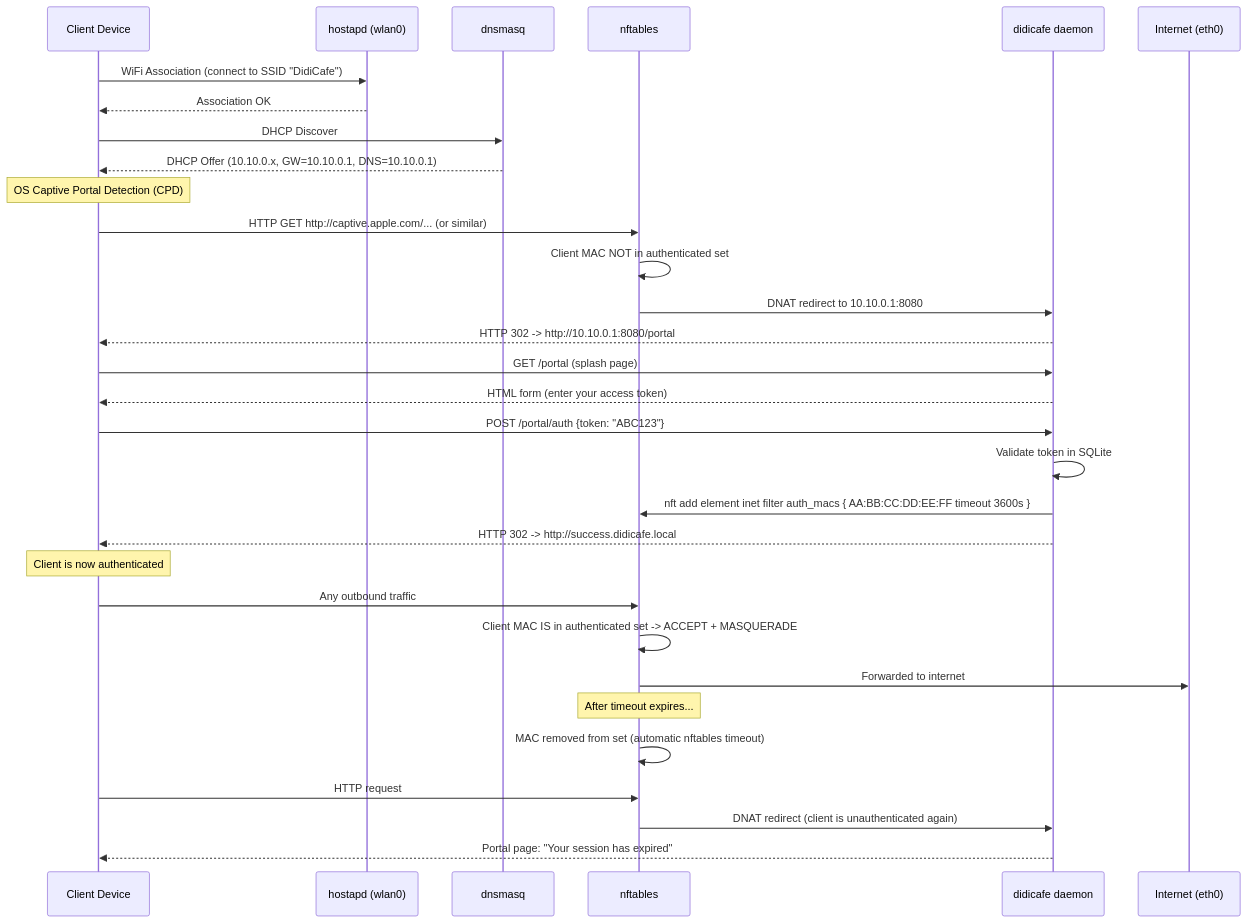
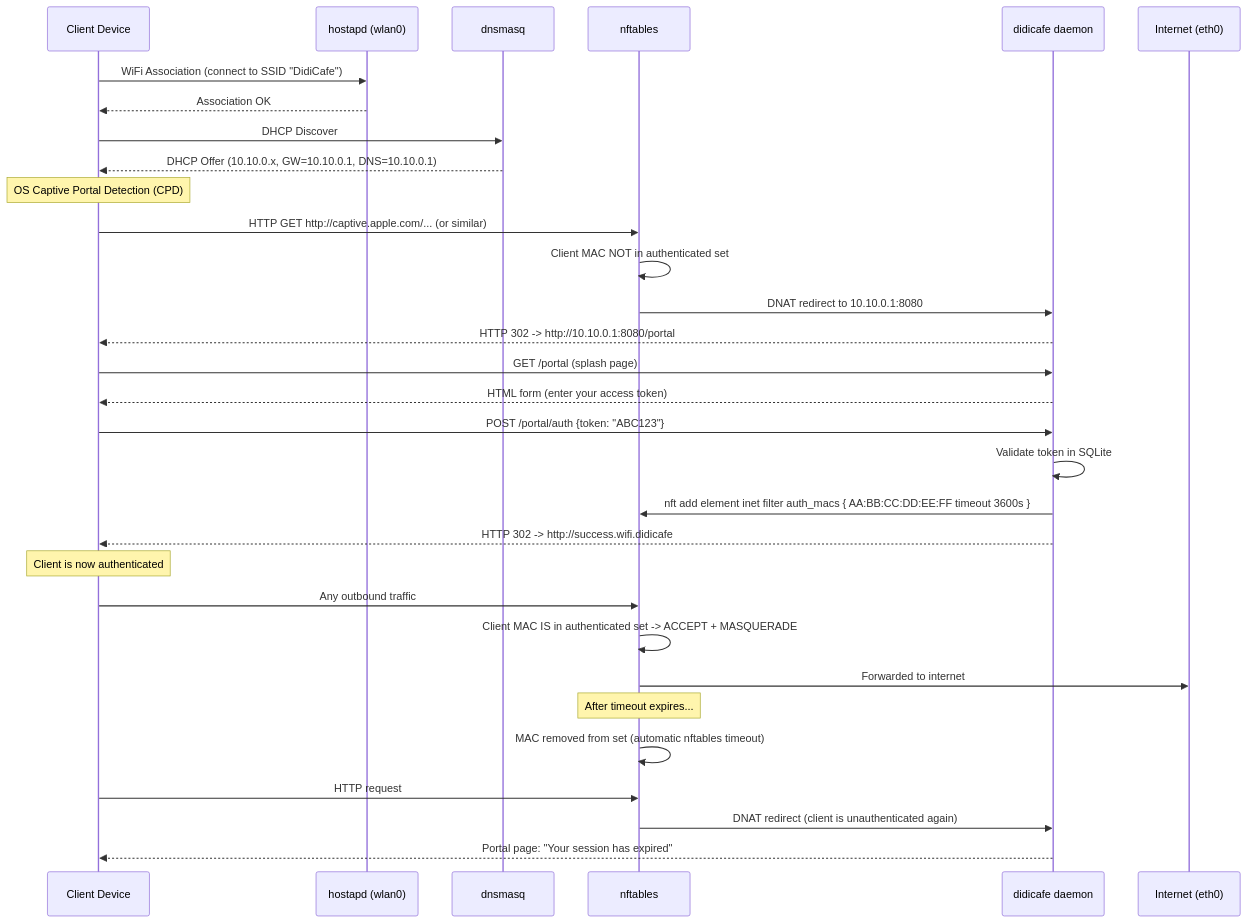
One commit to uplg/didicafe changed the second of 10 diagrams in docs/DESIGN.md. Above: the diagram before and after it, drawn with Mermaid. The commit also changed other lines of this file and 13 other files, not shown here.

````diff
--- a/docs/DESIGN.md
+++ b/docs/DESIGN.md
@@ -234,41 +234,41 @@
 ```mermaid
 sequenceDiagram
     participant C as Client Device
     participant AP as hostapd (wlan0)
     participant DHCP as dnsmasq
     participant NFT as nftables
     participant D as didicafe daemon
     participant WAN as Internet (eth0)
 
     C->>AP: WiFi Association (connect to SSID "DidiCafe")
     AP-->>C: Association OK
 
     C->>DHCP: DHCP Discover
     DHCP-->>C: DHCP Offer (10.10.0.x, GW=10.10.0.1, DNS=10.10.0.1)
 
     Note over C: OS Captive Portal Detection (CPD)
     C->>NFT: HTTP GET http://captive.apple.com/... (or similar)
     NFT->>NFT: Client MAC NOT in authenticated set
     NFT->>D: DNAT redirect to 10.10.0.1:8080
 
     D-->>C: HTTP 302 -> http://10.10.0.1:8080/portal
     C->>D: GET /portal (splash page)
     D-->>C: HTML form (enter your access token)
 
     C->>D: POST /portal/auth {token: "ABC123"}
     D->>D: Validate token in SQLite
     D->>NFT: nft add element inet filter auth_macs { AA:BB:CC:DD:EE:FF timeout 3600s }
-    D-->>C: HTTP 302 -> http://success.didicafe.local
+    D-->>C: HTTP 302 -> http://success.wifi.didicafe
 
     Note over C: Client is now authenticated
     C->>NFT: Any outbound traffic
     NFT->>NFT: Client MAC IS in authenticated set -> ACCEPT + MASQUERADE
     NFT->>WAN: Forwarded to internet
 
     Note over NFT: After timeout expires...
     NFT->>NFT: MAC removed from set (automatic nftables timeout)
 
     C->>NFT: HTTP request
     NFT->>D: DNAT redirect (client is unauthenticated again)
     D-->>C: Portal page: "Your session has expired"
 ```
````
